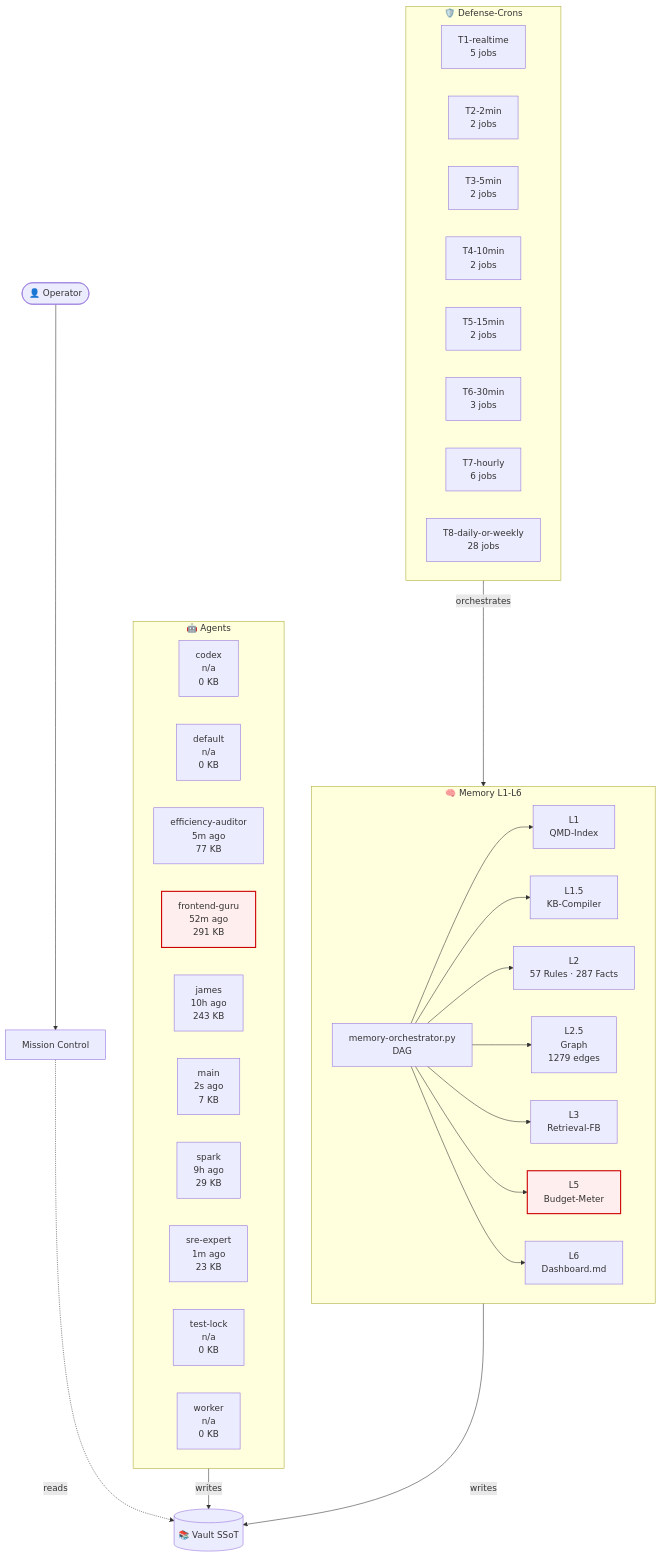
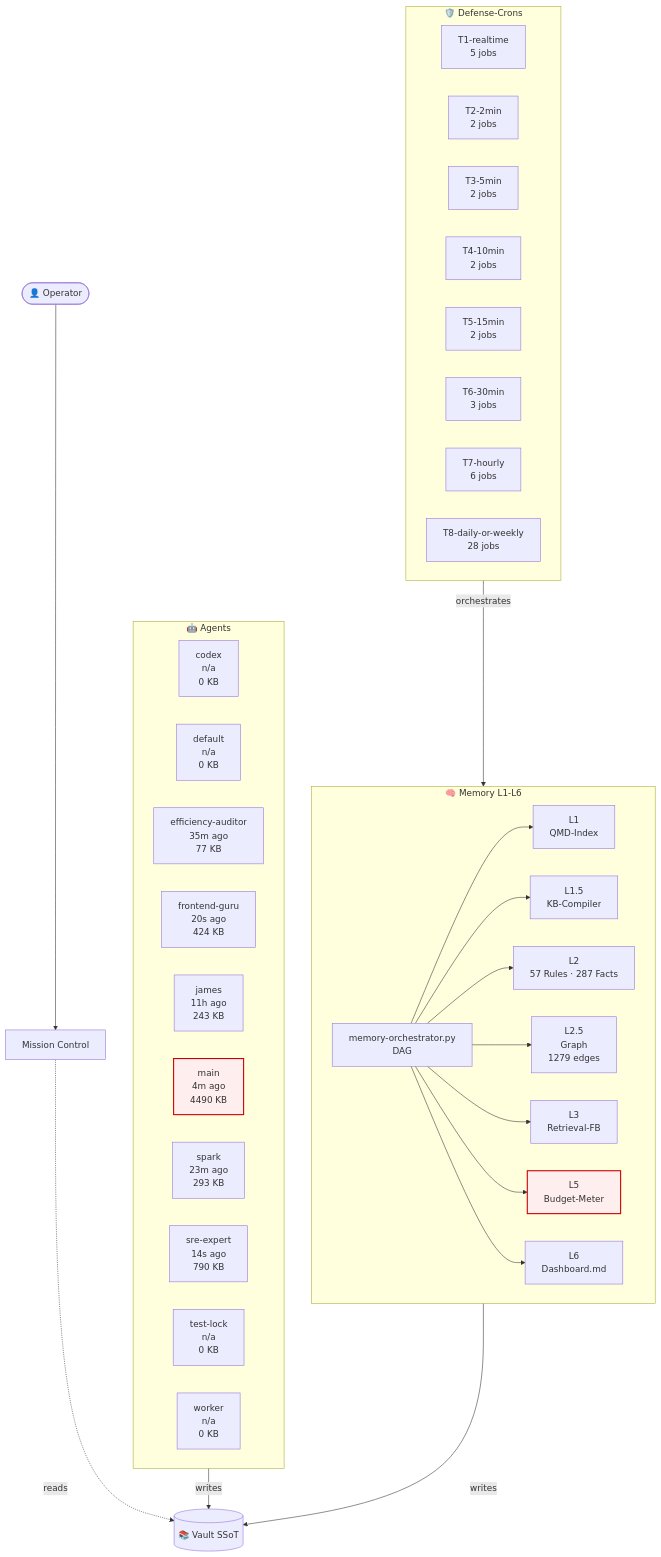
Before and after one commit to lenardhuebner88-rgb/openclaw-memory: the diagram in 03-Agents/architecture-live.md, drawn with Mermaid. The commit also changed other lines of this file and 9 other files, not shown here.

````diff
--- a/03-Agents/architecture-live.md
+++ b/03-Agents/architecture-live.md
@@ -18,53 +18,53 @@
 ```mermaid
 flowchart TB
     classDef critical fill:#fee,stroke:#c00,stroke-width:2px;
     subgraph AGT["🤖 Agents"]
         agent_codex["codex<br/>n/a<br/>0 KB"]
         agent_default["default<br/>n/a<br/>0 KB"]
-        agent_efficiency_auditor["efficiency-auditor<br/>5m ago<br/>77 KB"]
-        agent_frontend_guru["frontend-guru<br/>52m ago<br/>291 KB"]
-        agent_james["james<br/>10h ago<br/>243 KB"]
-        agent_main["main<br/>2s ago<br/>7 KB"]
-        agent_spark["spark<br/>9h ago<br/>29 KB"]
-        agent_sre_expert["sre-expert<br/>1m ago<br/>23 KB"]
+        agent_efficiency_auditor["efficiency-auditor<br/>35m ago<br/>77 KB"]
+        agent_frontend_guru["frontend-guru<br/>20s ago<br/>424 KB"]
+        agent_james["james<br/>11h ago<br/>243 KB"]
+        agent_main["main<br/>4m ago<br/>4490 KB"]
+        agent_spark["spark<br/>23m ago<br/>293 KB"]
+        agent_sre_expert["sre-expert<br/>14s ago<br/>790 KB"]
         agent_test_lock["test-lock<br/>n/a<br/>0 KB"]
         agent_worker["worker<br/>n/a<br/>0 KB"]
     end
     subgraph MEM["🧠 Memory L1-L6"]
         L1["L1<br/>QMD-Index"]
         L15["L1.5<br/>KB-Compiler"]
         L2["L2<br/>57 Rules · 287 Facts"]
         L25["L2.5<br/>Graph<br/>1279 edges"]
         L3["L3<br/>Retrieval-FB"]
         L5["L5<br/>Budget-Meter"]
         L6["L6<br/>Dashboard.md"]
         ORCH["memory-orchestrator.py<br/>DAG"]
     end
     subgraph CRN["🛡️ Defense-Crons"]
         tier_T1_realtime["T1-realtime<br/>5 jobs"]
         tier_T2_2min["T2-2min<br/>2 jobs"]
         tier_T3_5min["T3-5min<br/>2 jobs"]
         tier_T4_10min["T4-10min<br/>2 jobs"]
         tier_T5_15min["T5-15min<br/>2 jobs"]
         tier_T6_30min["T6-30min<br/>3 jobs"]
         tier_T7_hourly["T7-hourly<br/>6 jobs"]
         tier_T8_daily_or_weekly["T8-daily-or-weekly<br/>28 jobs"]
     end
     VAULT[("📚 Vault SSoT")]
     OP([👤 Operator])
     MC["Mission Control"]
     OP --> MC
     MC -.reads.-> VAULT
     AGT -->|writes| VAULT
     MEM -->|writes| VAULT
     ORCH --> L1
     ORCH --> L15
     ORCH --> L2
     ORCH --> L25
     ORCH --> L3
     ORCH --> L5
     ORCH --> L6
     CRN -->|orchestrates| MEM
     class L5 critical
-    class agent_frontend_guru critical
+    class agent_main critical
 ```
````
